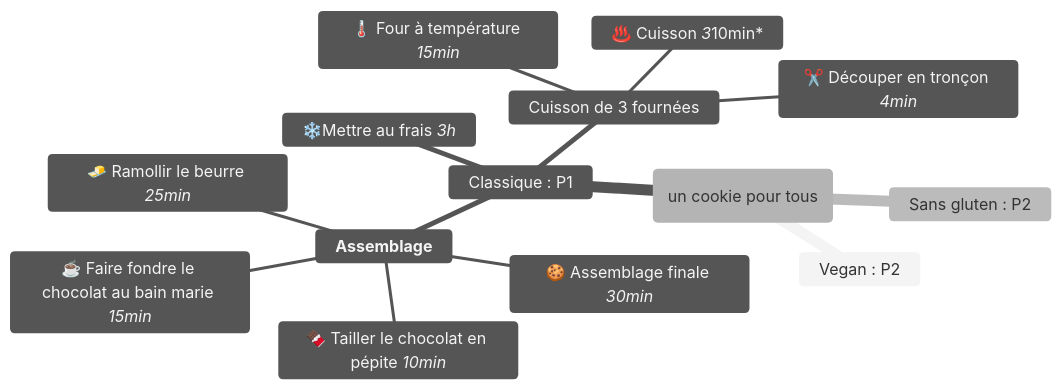
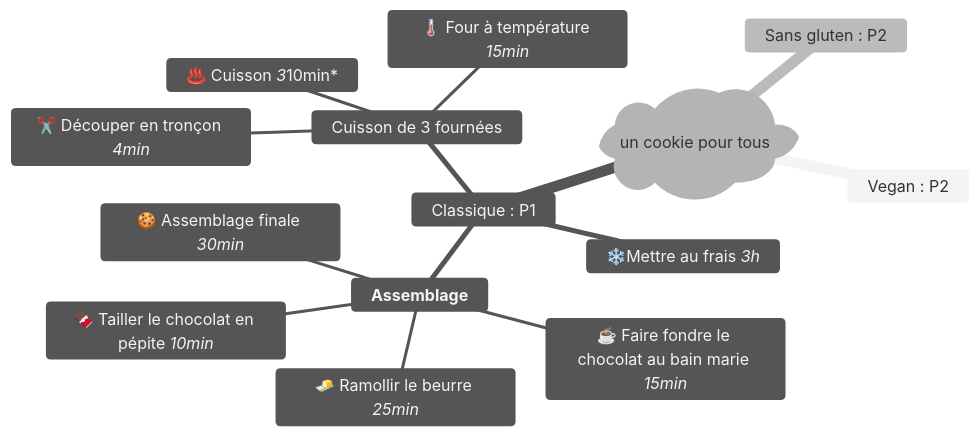
One commit to malnoe/TpGestionProjet changed the first of 5 diagrams in README.md. Above: the diagram before and after it, drawn with Mermaid.

Commit message:
Forme élément root WBS

````diff
--- a/README.md
+++ b/README.md
@@ -70,18 +70,18 @@
 ```mermaid
 %%{init: {'theme':'neutral'}}%%
 mindmap
-  root(un cookie pour tous)
+  root)un cookie pour tous(
     Vegan : P2
     Classique : P1
         **Assemblage**
             🧈 Ramollir le beurre *25min*
             ☕ Faire fondre le chocolat au bain marie *15min*
             🍫 Tailler le chocolat en pépite *10min*
             🍪 Assemblage finale *30min*
         ❄️Mettre au frais *3h*
         Cuisson de 3 fournées
             🌡️ Four à température *15min*
             ✂️ Découper en tronçon *4min*
             ♨️ Cuisson *3*10min*
     Sans gluten : P2
 ```
````
